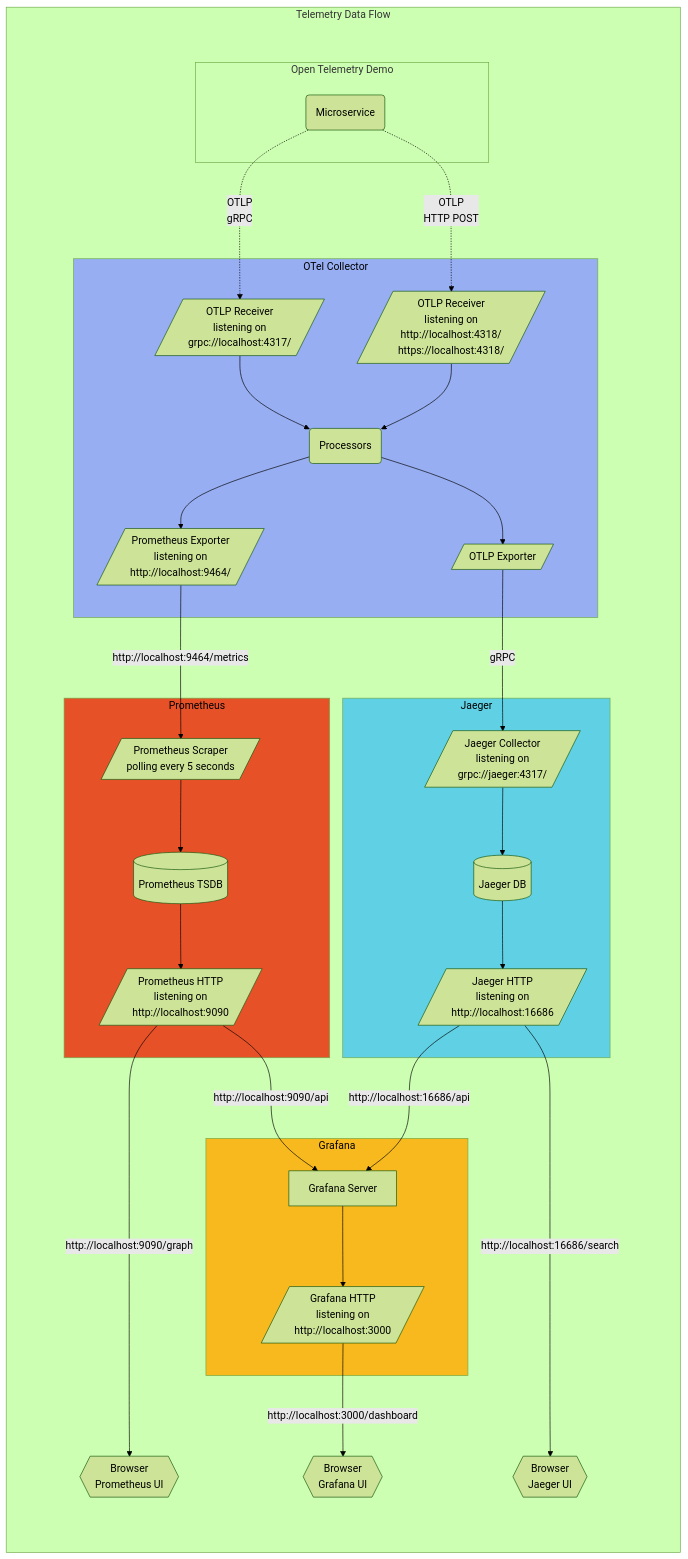
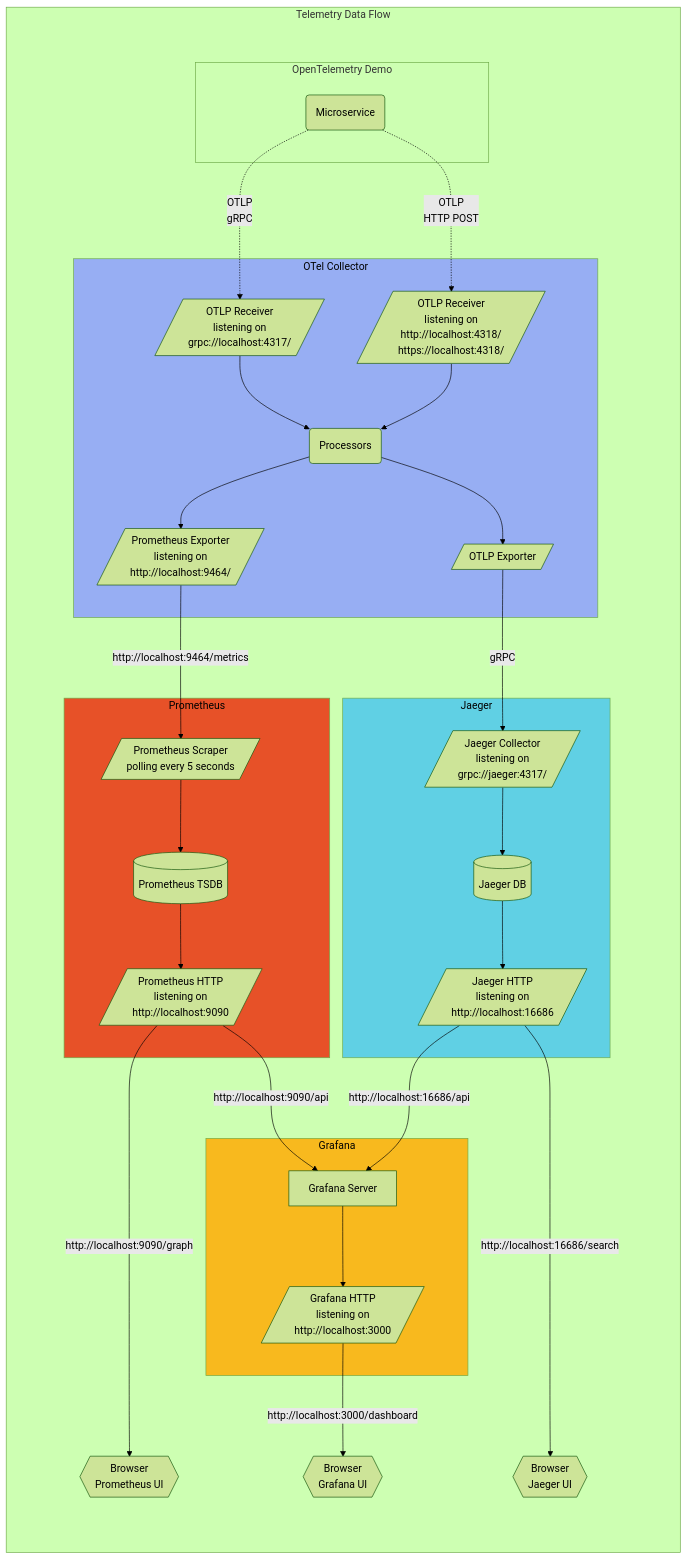
One commit to open-telemetry/opentelemetry.io changed the third of 3 diagrams in content/en/docs/demo/architecture.md. Above: the diagram before and after it, drawn with Mermaid (forest theme).

````diff
--- a/content/en/docs/demo/architecture.md
+++ b/content/en/docs/demo/architecture.md
@@ -128,73 +128,73 @@
 ```mermaid
 graph TB
 subgraph tdf[Telemetry Data Flow]
     subgraph subgraph_padding [ ]
         style subgraph_padding fill:none,stroke:none;
         %% padding to stop the titles clashing
-        subgraph od[Open Telemetry Demo]
+        subgraph od[OpenTelemetry Demo]
         ms(Microservice)
         end
 
         ms -.->|"OTLP<br/>gRPC"| oc-grpc
         ms -.->|"OTLP<br/>HTTP POST"| oc-http
 
         subgraph oc[OTel Collector]
             style oc fill:#97aef3,color:black;
             oc-grpc[/"OTLP Receiver<br/>listening on<br/>grpc://localhost:4317/"/]
             oc-http[/"OTLP Receiver<br/>listening on <br/>http://localhost:4318/<br/>https://localhost:4318/"/]
             oc-proc(Processors)
             oc-prom[/"Prometheus Exporter<br/>listening on<br/>http://localhost:9464/"/]
             oc-otlp[/"OTLP Exporter"/]
 
             oc-grpc --> oc-proc
             oc-http --> oc-proc
 
             oc-proc --> oc-prom
             oc-proc --> oc-otlp
         end
 
         oc-prom -->|"http://localhost:9464/metrics"| pr-sc
         oc-otlp -->|gRPC| ja-col
 
         subgraph pr[Prometheus]
             style pr fill:#e75128,color:black;
             pr-sc[/"Prometheus Scraper<br/>polling every 5 seconds"/]
             pr-tsdb[(Prometheus TSDB)]
             pr-http[/"Prometheus HTTP<br/>listening on<br/>http://localhost:9090"/]
 
             pr-sc --> pr-tsdb
             pr-tsdb --> pr-http
         end
 
         pr-b{{"Browser<br/>Prometheus UI"}}
         pr-http ---->|"http://localhost:9090/graph"| pr-b
 
         subgraph ja[Jaeger]
             style ja fill:#60d0e4,color:black;
             ja-col[/"Jaeger Collector<br/>listening on<br/>grpc://jaeger:4317/"/]
             ja-db[(Jaeger DB)]
             ja-http[/"Jaeger HTTP<br/>listening on<br/>http://localhost:16686"/]
 
             ja-col --> ja-db
             ja-db --> ja-http
         end
 
         subgraph gr[Grafana]
             style gr fill:#f8b91e,color:black;
             gr-srv["Grafana Server"]
             gr-http[/"Grafana HTTP<br/>listening on<br/>http://localhost:3000"/]
 
             gr-srv --> gr-http
         end
 
         pr-http --> |"http://localhost:9090/api"| gr-srv
         ja-http --> |"http://localhost:16686/api"| gr-srv
 
         ja-b{{"Browser<br/>Jaeger UI"}}
         ja-http ---->|"http://localhost:16686/search"| ja-b
 
         gr-b{{"Browser<br/>Grafana UI"}}
         gr-http -->|"http://localhost:3000/dashboard"| gr-b
     end
 end
 ```
````
